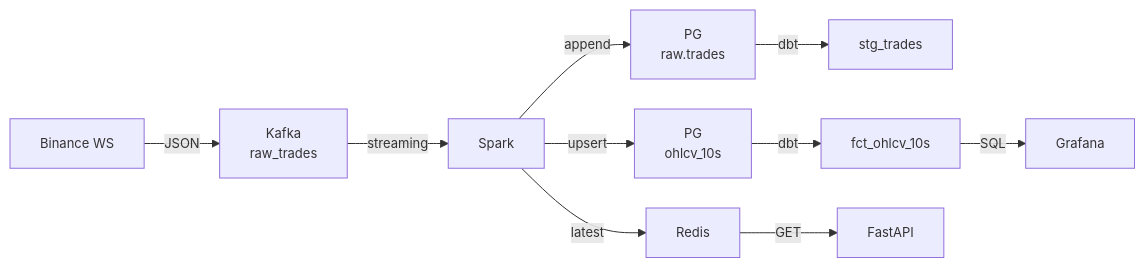
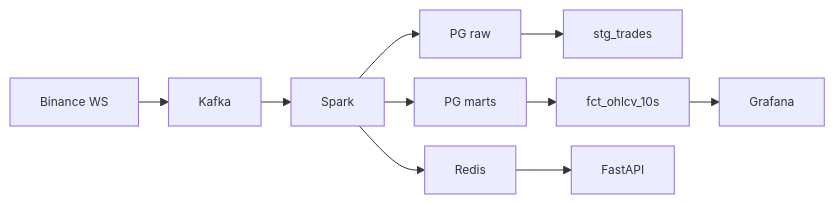
One commit to Berkeaziz/real-time-crypto-analytics-platform changed the first of 3 diagrams in README.md. Above: the diagram before and after it, drawn with Mermaid. The commit also changed other lines of this file, not shown here.

Commit message:
Refactor architecture diagrams for clarity and update data flow descriptions in README.md

````diff
--- a/README.md
+++ b/README.md
@@ -11,13 +11,13 @@
 ```mermaid
-%%{init: {"flowchart": {"nodeSpacing": 30, "rankSpacing": 40}, "themeVariables": {"fontSize": "13px"}} }%%
+%%{init: {"flowchart": {"nodeSpacing": 20, "rankSpacing": 30}, "themeVariables": {"fontSize": "12px"}} }%%
 flowchart LR
-    A["Binance WS"] -->|JSON| B["Kafka\nraw_trades"]
-    B -->|streaming| C["Spark"]
-    C -->|append| D["PG\nraw.trades"]
-    C -->|upsert| E["PG\nohlcv_10s"]
-    C -->|latest| F["Redis"]
-    D -->|dbt| G["stg_trades"]
-    E -->|dbt| H["fct_ohlcv_10s"]
-    H -->|SQL| I["Grafana"]
-    F -->|GET| J["FastAPI"]
+    A["Binance WS"] --> B["Kafka"]
+    B --> C["Spark"]
+    C --> D["PG raw"]
+    C --> E["PG marts"]
+    C --> F["Redis"]
+    D --> G["stg_trades"]
+    E --> H["fct_ohlcv_10s"]
+    H --> I["Grafana"]
+    F --> J["FastAPI"]
 ```
````
